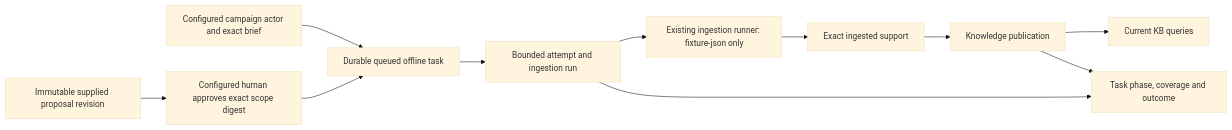
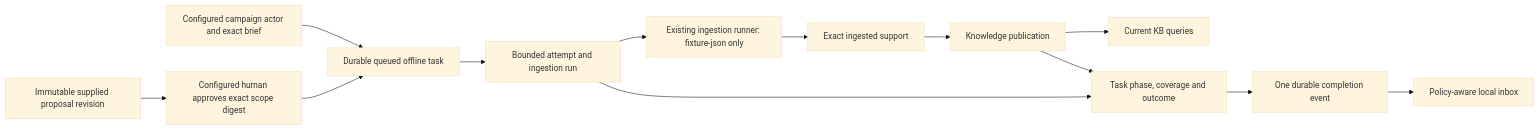
Before and after one commit to jinroylee/social-marketing-intelligence: the second of 4 diagrams in docs/architecture.md, drawn with Mermaid (base theme). The commit also changed other lines of this file and 25 other files, not shown here.

Commit message:
feat: deliver durable policy-aware task completion inbox

````diff
--- a/docs/architecture.md
+++ b/docs/architecture.md
@@ -39,13 +39,15 @@
 ```mermaid
 flowchart LR
     Campaign[Configured campaign actor and exact brief] --> Task[Durable queued offline task]
     Proposal[Immutable supplied proposal revision] --> Approval[Configured human approves exact scope digest]
     Approval --> Task
     Task --> Attempt[Bounded attempt and ingestion run]
     Attempt --> Runner[Existing ingestion runner: fixture-json only]
     Runner --> Support[Exact ingested support]
     Support --> Publication[Knowledge publication]
     Publication --> Query[Current KB queries]
     Attempt --> Detail[Task phase, coverage and outcome]
     Publication --> Detail
+    Detail --> Event[One durable completion event]
+    Event --> Inbox[Policy-aware local inbox]
 ```
````
